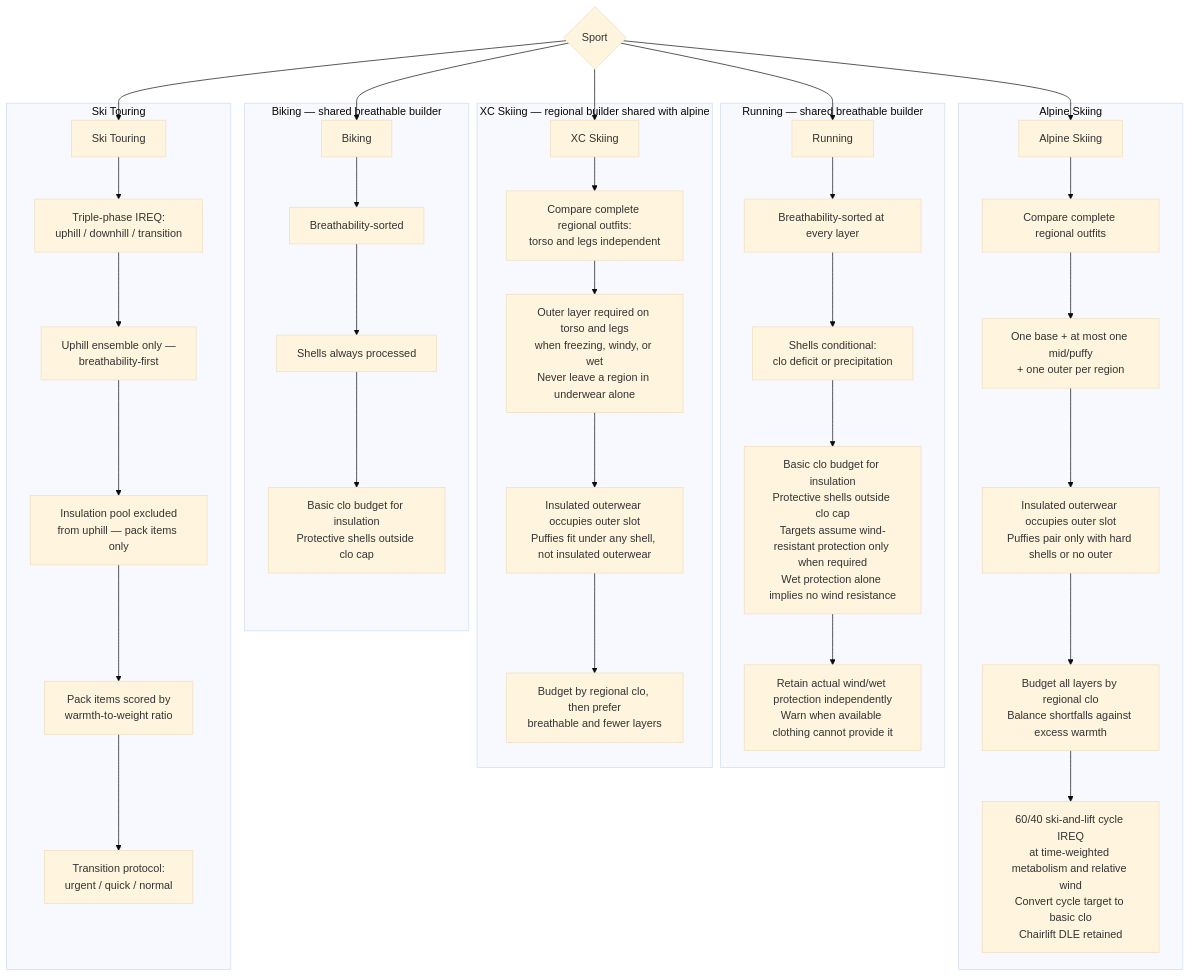
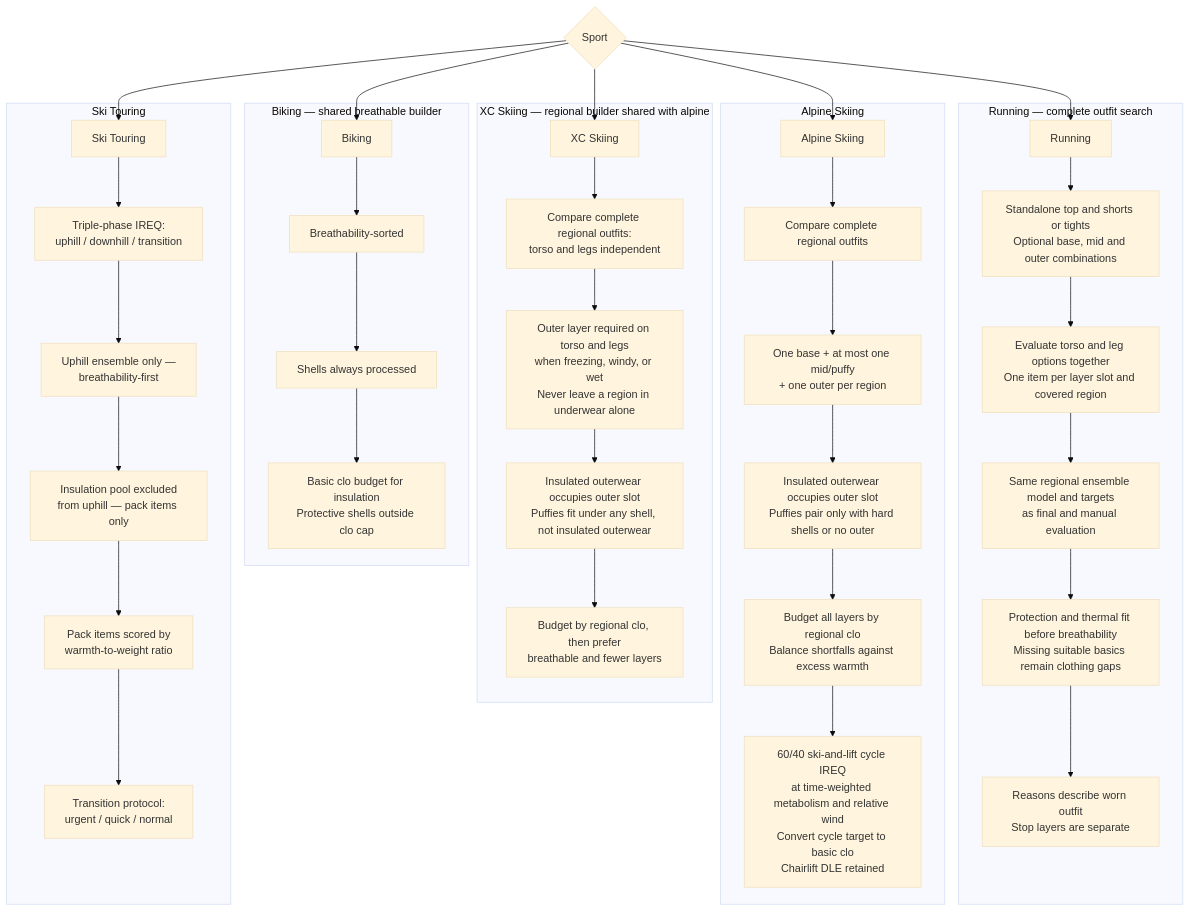
The fourth of 7 diagrams in README.md (derobertsw/swttr), drawn with Mermaid (base theme) before and after one commit. The commit also changed other lines of this file and 8 other files, not shown here.

First line of the commit message:
Select complete running outfits without mandatory thermal bases (#247)

````diff
--- a/README.md
+++ b/README.md
@@ -177,44 +183,45 @@
 ```mermaid
 graph TD
     SPORT{Sport} --> RUN[Running]
     SPORT --> BIKE[Biking]
     SPORT --> ALP[Alpine Skiing]
     SPORT --> XC[XC Skiing]
     SPORT --> TOUR[Ski Touring]
 
-    subgraph "Running — shared breathable builder"
-        RUN --> R1[Breathability-sorted at every layer]
-        R1 --> R2[Shells conditional:<br/>clo deficit or precipitation]
-        R2 --> R3[Basic clo budget for insulation<br/>Protective shells outside clo cap<br/>Targets assume wind-resistant protection only when required<br/>Wet protection alone implies no wind resistance]
-        R3 --> R4[Retain actual wind/wet protection independently<br/>Warn when available clothing cannot provide it]
+    subgraph "Running — complete outfit search"
+        RUN --> R1[Standalone top and shorts or tights<br/>Optional base, mid and outer combinations]
+        R1 --> R2[Evaluate torso and leg options together<br/>One item per layer slot and covered region]
+        R2 --> R3[Same regional ensemble model and targets<br/>as final and manual evaluation]
+        R3 --> R4[Protection and thermal fit before breathability<br/>Missing suitable basics remain clothing gaps]
+        R4 --> R5[Reasons describe worn outfit<br/>Stop layers are separate]
     end
 
     subgraph "Biking — shared breathable builder"
         BIKE --> B1[Breathability-sorted]
         B1 --> B2[Shells always processed]
         B2 --> B3[Basic clo budget for insulation<br/>Protective shells outside clo cap]
     end
 
     subgraph "Alpine Skiing"
         ALP --> A1[Compare complete regional outfits]
         A1 --> A2[One base + at most one mid/puffy<br/>+ one outer per region]
         A2 --> A3[Insulated outerwear occupies outer slot<br/>Puffies pair only with hard shells or no outer]
         A3 --> A4[Budget all layers by regional clo<br/>Balance shortfalls against excess warmth]
         A4 --> A5[60/40 ski-and-lift cycle IREQ<br/>at time-weighted metabolism and relative wind<br/>Convert cycle target to basic clo<br/>Chairlift DLE retained]
     end
 
     subgraph "XC Skiing — regional builder shared with alpine"
         XC --> X1[Compare complete regional outfits:<br/>torso and legs independent]
         X1 --> X2[Outer layer required on torso and legs<br/>when freezing, windy, or wet<br/>Never leave a region in underwear alone]
         X2 --> X3[Insulated outerwear occupies outer slot<br/>Puffies fit under any shell, not insulated outerwear]
         X3 --> X4[Budget by regional clo, then prefer<br/>breathable and fewer layers]
     end
 
     subgraph "Ski Touring"
         TOUR --> T1a[Triple-phase IREQ:<br/>uphill / downhill / transition]
         T1a --> T2a[Uphill ensemble only —<br/>breathability-first]
         T2a --> T3a[Insulation pool excluded<br/>from uphill — pack items only]
         T3a --> T4a[Pack items scored by<br/>warmth-to-weight ratio]
         T4a --> T5a[Transition protocol:<br/>urgent / quick / normal]
     end
 ```
````
